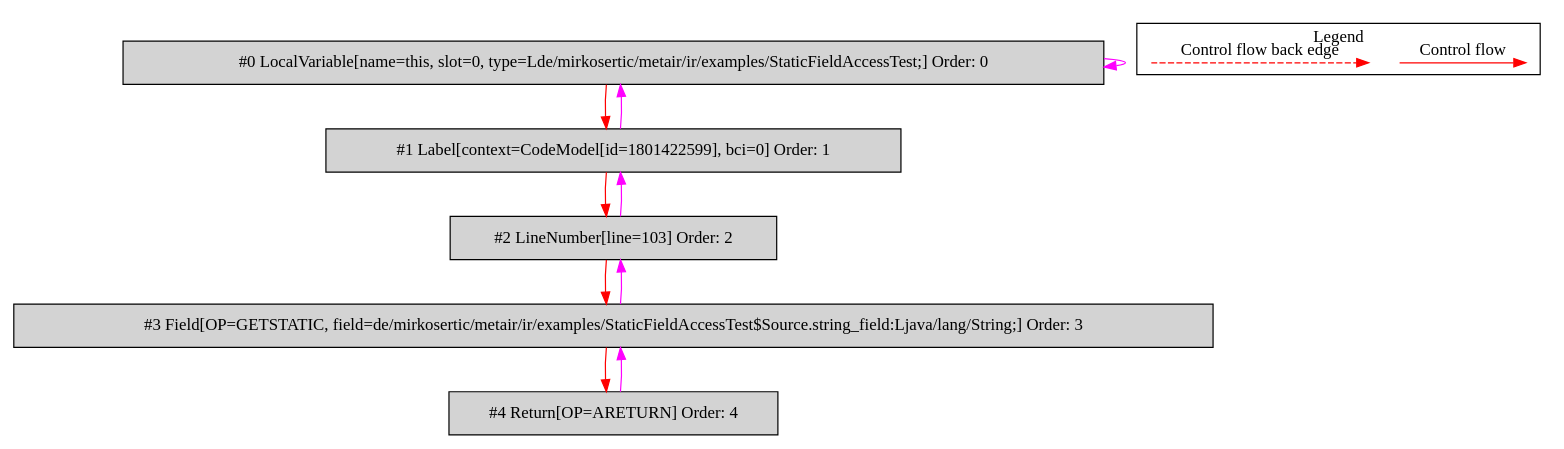
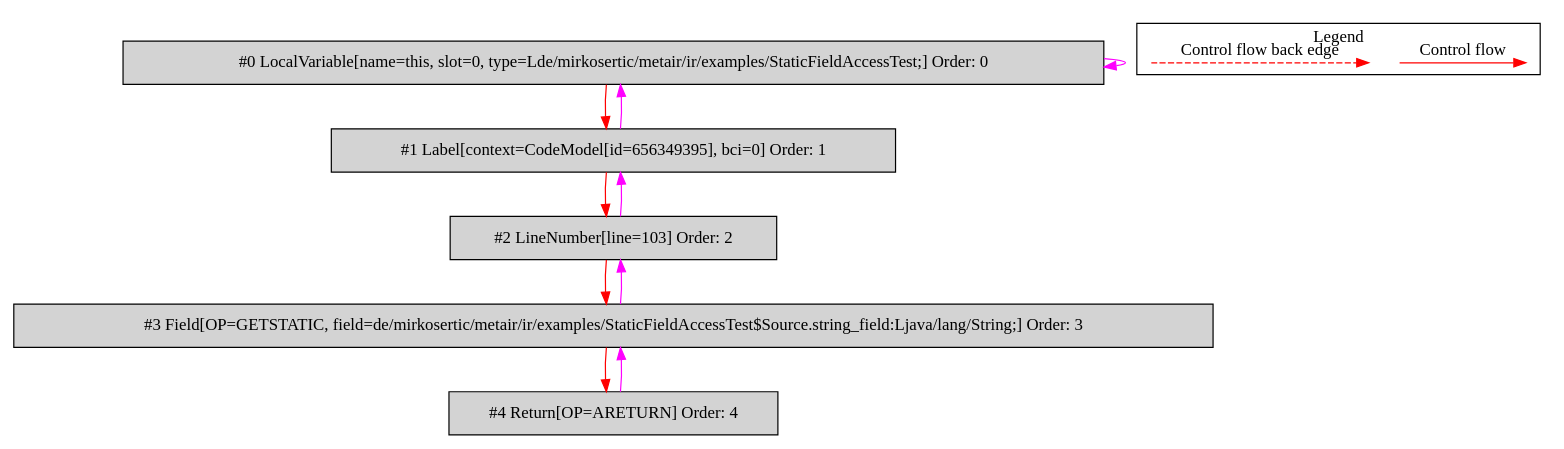
Before and after one commit to mirkosertic/MetaIR: the diagram in de.mirkosertic.metair.ir.examples.StaticFieldAccessTest/return_string/bytecodecfg.dot, drawn with Graphviz. The commit also changed 612 other files, not shown here.

```diff
--- a/de.mirkosertic.metair.ir.examples.StaticFieldAccessTest/return_string/bytecodecfg.dot
+++ b/de.mirkosertic.metair.ir.examples.StaticFieldAccessTest/return_string/bytecodecfg.dot
@@ -1,31 +1,31 @@
 digraph {
  ordering="in";
  node0[label="#0 LocalVariable[name=this, slot=0, type=Lde/mirkosertic/metair/ir/examples/StaticFieldAccessTest;] Order: 0", shape=box, fillcolor=lightgrey, style=filled];
- node1[label="#1 Label[context=CodeModel[id=1801422599], bci=0] Order: 1", shape=box, fillcolor=lightgrey, style=filled];
+ node1[label="#1 Label[context=CodeModel[id=656349395], bci=0] Order: 1", shape=box, fillcolor=lightgrey, style=filled];
  node2[label="#2 LineNumber[line=103] Order: 2", shape=box, fillcolor=lightgrey, style=filled];
  node3[label="#3 Field[OP=GETSTATIC, field=de/mirkosertic/metair/ir/examples/StaticFieldAccessTest$Source.string_field:Ljava/lang/String;] Order: 3", shape=box, fillcolor=lightgrey, style=filled];
  node4[label="#4 Return[OP=ARETURN] Order: 4", shape=box, fillcolor=lightgrey, style=filled];
  node0 -> node0[color=fuchsia];
  node0 -> node1[color=red];
  node1 -> node0[color=fuchsia];
  node1 -> node2[color=red];
  node2 -> node1[color=fuchsia];
  node2 -> node3[color=red];
  node3 -> node2[color=fuchsia];
  node3 -> node4[color=red];
  node4 -> node3[color=fuchsia];
  subgraph cluster_000 {
   label = "Legend";
   node [shape=point]
   {
    rank=same;
    c0 [style = invis];
    c1 [style = invis];
    c2 [style = invis];
    c3 [style = invis];
   }
   c0 -> c1 [label="Control flow", style=solid, color=red]
   c2 -> c3 [label="Control flow back edge", style=dashed, color=red]
  }
 
 }
```
